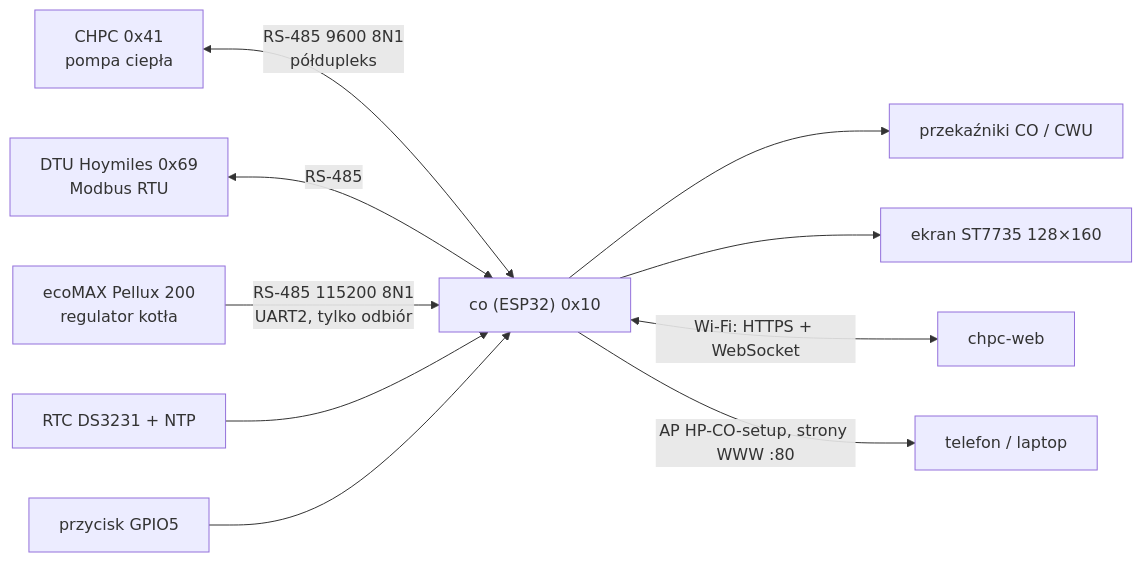
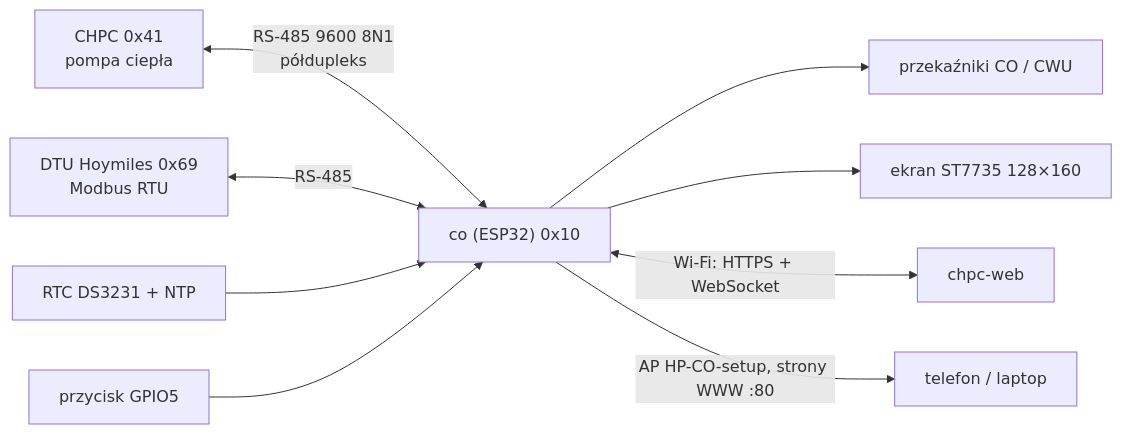
Before and after one commit to robertorlowski/chpc-web: the first of 5 diagrams in devices/co/docs/2-zasada-dzialania.md, drawn with Mermaid. The commit also changed other lines of this file and 51 other files, not shown here.

````diff
--- a/devices/co/docs/2-zasada-dzialania.md
+++ b/devices/co/docs/2-zasada-dzialania.md
@@ -7,13 +7,12 @@
 ```mermaid
 flowchart LR
     CHPC["CHPC 0x41<br/>pompa ciepła"] <-- "RS-485 9600 8N1<br/>półdupleks" --> CO
     DTU["DTU Hoymiles 0x69<br/>Modbus RTU"] <-- "RS-485" --> CO
-    ECO["ecoMAX Pellux 200<br/>regulator kotła"] -- "RS-485 115200 8N1<br/>UART2, tylko odbiór" --> CO
     CO["co (ESP32) 0x10"]
     CO --> REL["przekaźniki CO / CWU"]
     CO --> LCD["ekran ST7735 128×160"]
     RTC["RTC DS3231 + NTP"] --> CO
     BTN["przycisk GPIO5"] --> CO
     CO <-- "Wi-Fi: HTTPS + WebSocket" --> SRV["chpc-web"]
     CO -- "AP HP-CO-setup, strony WWW :80" --> USR["telefon / laptop"]
 ```
````
